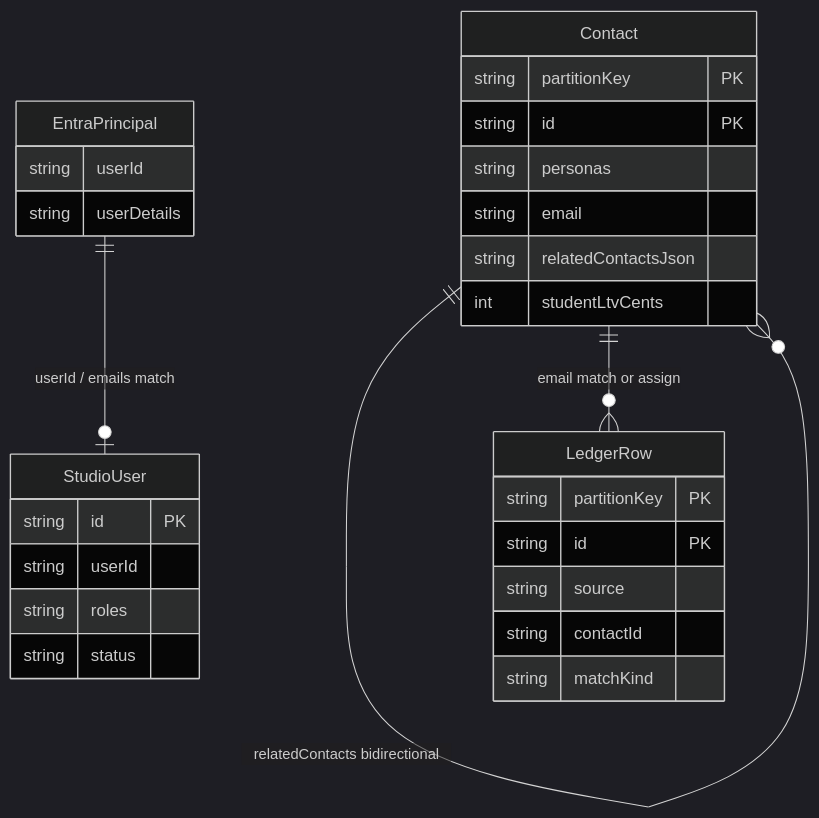
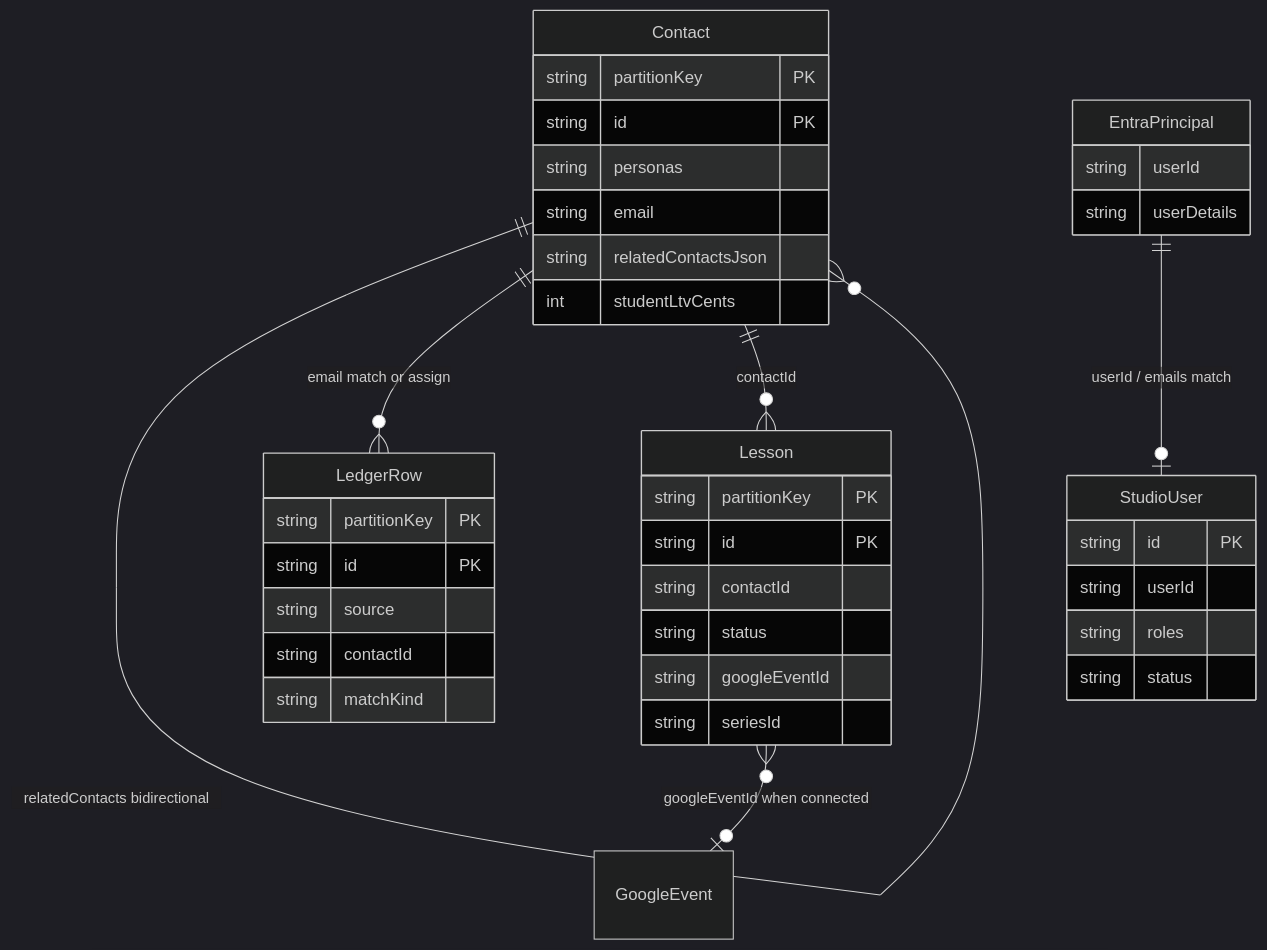
The second of 7 diagrams in docs/architecture/data-persistence.md (jefftindall/broadway-portfolio), drawn with Mermaid (dark theme) before and after one commit. The commit also changed other lines of this file and 55 other files, not shown here.

````diff
--- a/docs/architecture/data-persistence.md
+++ b/docs/architecture/data-persistence.md
@@ -193,31 +229,41 @@
 ```mermaid
 erDiagram
   Contact ||--o{ Contact : "relatedContacts bidirectional"
   Contact ||--o{ LedgerRow : "email match or assign"
+  Contact ||--o{ Lesson : "contactId"
+  Lesson }o--o| GoogleEvent : "googleEventId when connected"
   EntraPrincipal ||--o| StudioUser : "userId / emails match"
   StudioUser {
     string id PK
     string userId
     string roles
     string status
   }
   Contact {
     string partitionKey PK
     string id PK
     string personas
     string email
     string relatedContactsJson
     int studentLtvCents
   }
   LedgerRow {
     string partitionKey PK
     string id PK
     string source
     string contactId
     string matchKind
   }
+  Lesson {
+    string partitionKey PK
+    string id PK
+    string contactId
+    string status
+    string googleEventId
+    string seriesId
+  }
   EntraPrincipal {
     string userId
     string userDetails
   }
 ```
````
